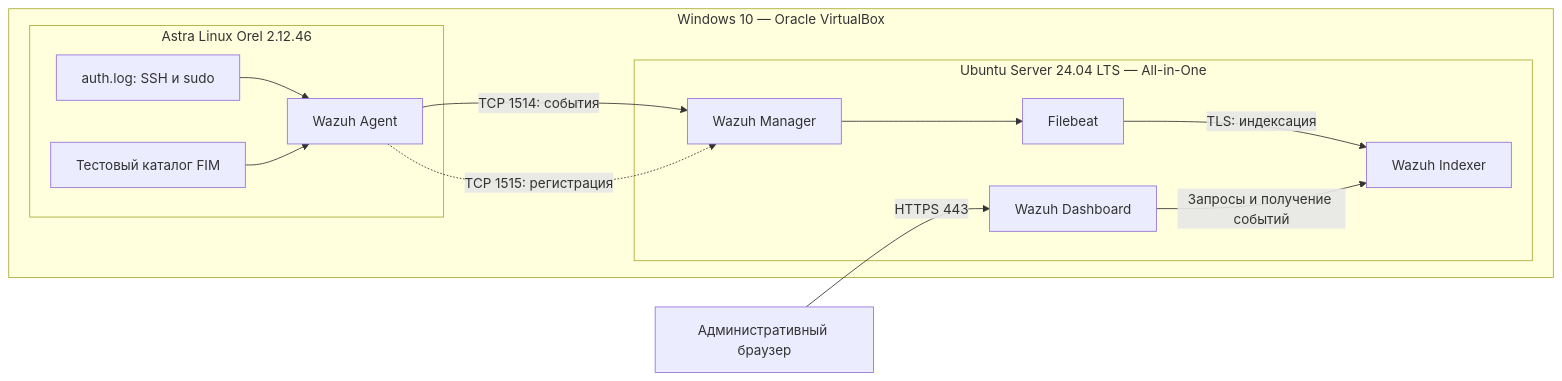
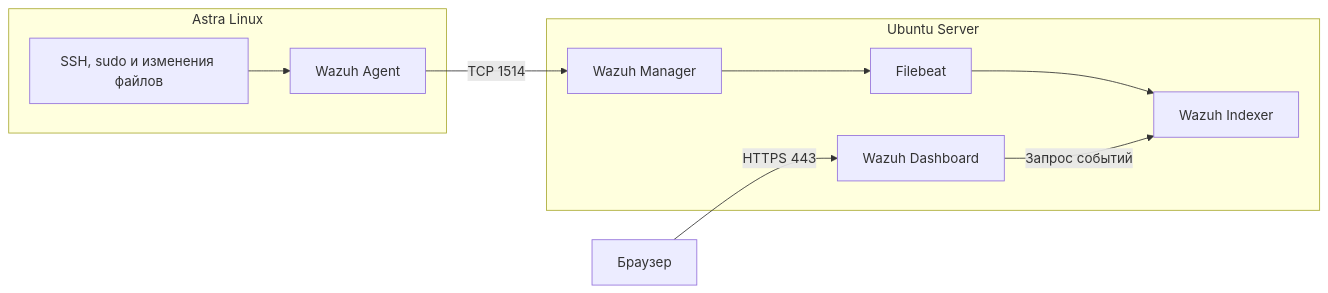
The diagram in README.md (ztfy404/wazuh-siem-lab), drawn with Mermaid before and after one commit. The commit also changed other lines of this file and 18 other files, not shown here.

````diff
--- a/README.md
+++ b/README.md
@@ -15,17 +18,13 @@
 ```mermaid
 flowchart LR
-  subgraph host[Windows 10 — Oracle VirtualBox]
-    subgraph endpoint[Astra Linux Orel 2.12.46]
-      logs[auth.log: SSH и sudo] --> agent[Wazuh Agent]
-      fim[Тестовый каталог FIM] --> agent
-    end
-    subgraph server[Ubuntu Server 24.04 LTS — All-in-One]
-      manager[Wazuh Manager] --> filebeat[Filebeat]
-      filebeat -->|TLS: индексация| indexer[Wazuh Indexer]
-      dashboard[Wazuh Dashboard] -->|Запросы и получение событий| indexer
-    end
-    agent -->|TCP 1514: события| manager
-    agent -.->|TCP 1515: регистрация| manager
+  subgraph astra["Astra Linux"]
+    logs["SSH, sudo и изменения файлов"] --> agent["Wazuh Agent"]
   end
-  browser[Административный браузер] -->|HTTPS 443| dashboard
+  subgraph ubuntu["Ubuntu Server"]
+    manager["Wazuh Manager"] --> filebeat["Filebeat"]
+    filebeat --> indexer["Wazuh Indexer"]
+    dashboard["Wazuh Dashboard"] -->|Запрос событий| indexer
+  end
+  agent -->|TCP 1514| manager
+  browser["Браузер"] -->|HTTPS 443| dashboard
 ```
````
